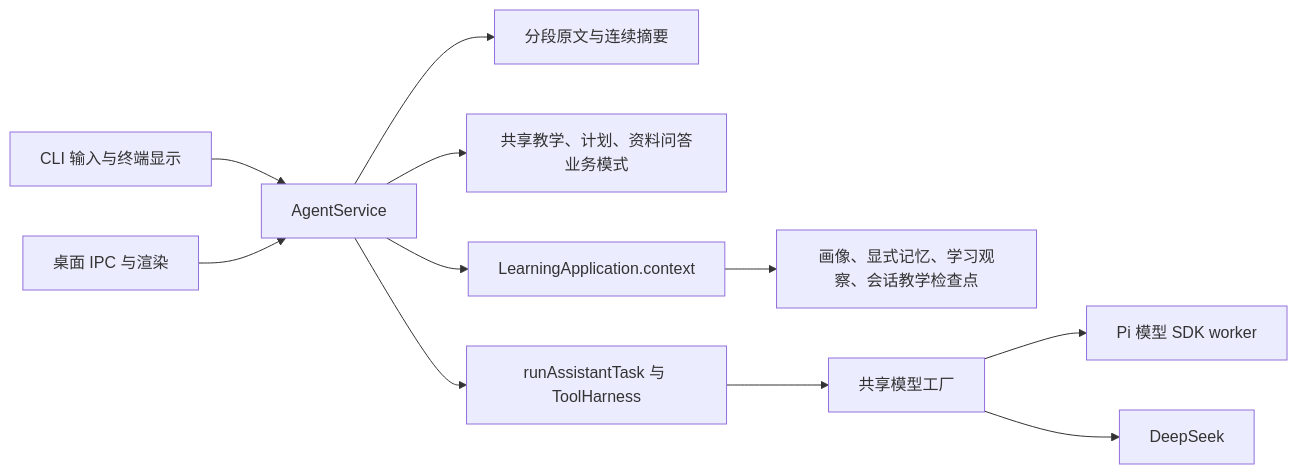
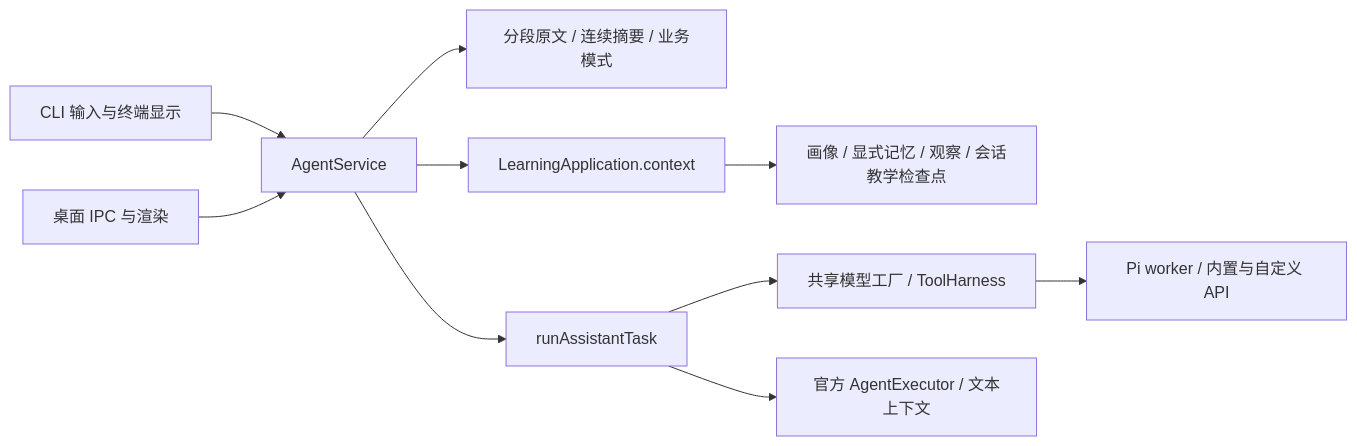
The diagram in docs/agent-memory.md (muzigef/zhixing), drawn with Mermaid before and after one commit. The commit also changed other lines of this file and 135 other files, not shown here.

````diff
--- a/docs/agent-memory.md
+++ b/docs/agent-memory.md
@@ -5,13 +8,12 @@
 ```mermaid
 flowchart LR
   CLI[CLI 输入与终端显示] --> S[AgentService]
   Desktop[桌面 IPC 与渲染] --> S
-  S --> H[分段原文与连续摘要]
-  S --> D[共享教学、计划、资料问答业务模式]
+  S --> H[分段原文 / 连续摘要 / 业务模式]
   S --> A[LearningApplication.context]
-  A --> M[画像、显式记忆、学习观察、会话教学检查点]
-  S --> R[runAssistantTask 与 ToolHarness]
-  R --> F[共享模型工厂]
-  F --> Pi[Pi 模型 SDK worker]
-  F --> DS[DeepSeek]
+  A --> M[画像 / 显式记忆 / 观察 / 会话教学检查点]
+  S --> R[runAssistantTask]
+  R --> F[共享模型工厂 / ToolHarness]
+  F --> API[Pi worker / 内置与自定义 API]
+  R --> Native[官方 AgentExecutor / 文本上下文]
 ```
````
